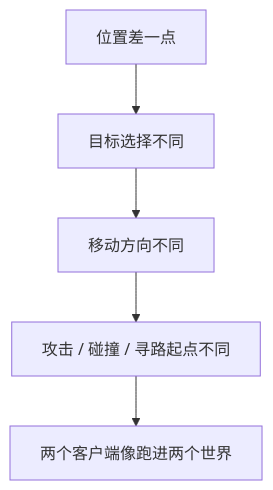
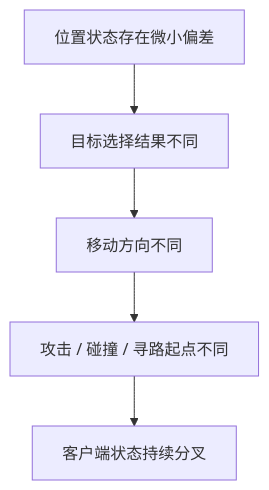
The second of 5 diagrams in 帧同步技术分享/slidev/slides.md (boomlulu/knowledge-share), drawn with Mermaid before and after one commit. The commit also changed other lines of this file and 8 other files, not shown here.

````diff
--- a/帧同步技术分享/slidev/slides.md
+++ b/帧同步技术分享/slidev/slides.md
@@ -354,7 +420,7 @@
 ```mermaid
 flowchart TD
-  P1["位置差一点"] --> P2["目标选择不同"]
+  P1["位置状态存在微小偏差"] --> P2["目标选择结果不同"]
   P2 --> P3["移动方向不同"]
   P3 --> P4["攻击 / 碰撞 / 寻路起点不同"]
-  P4 --> P5["两个客户端像跑进两个世界"]
+  P4 --> P5["客户端状态持续分叉"]
 ```
````
